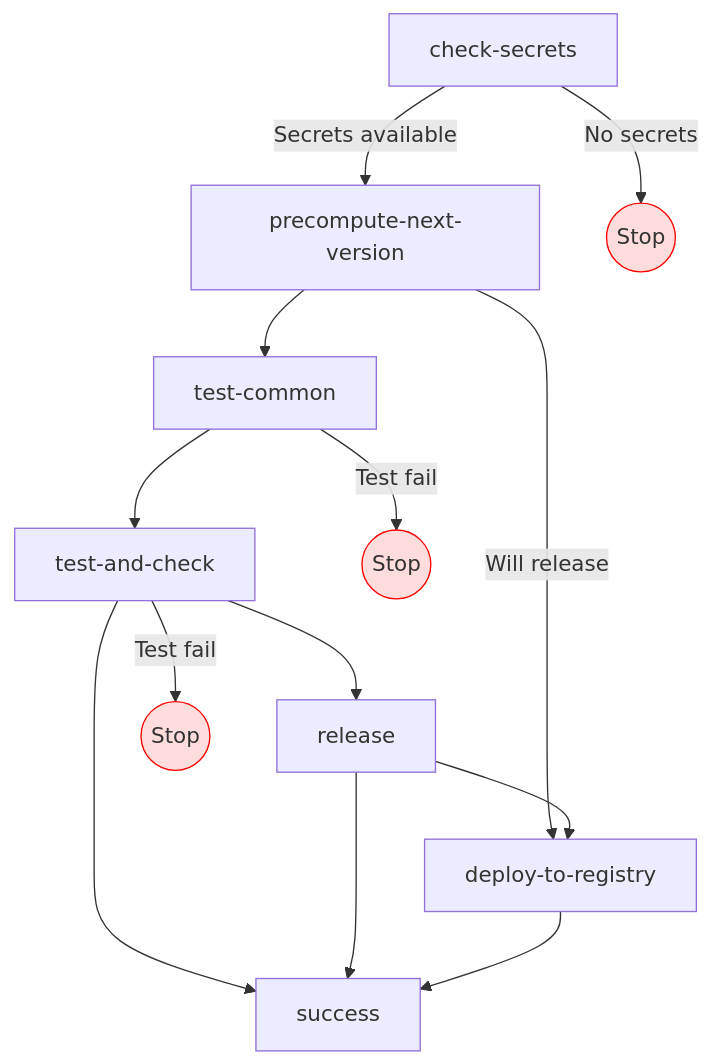
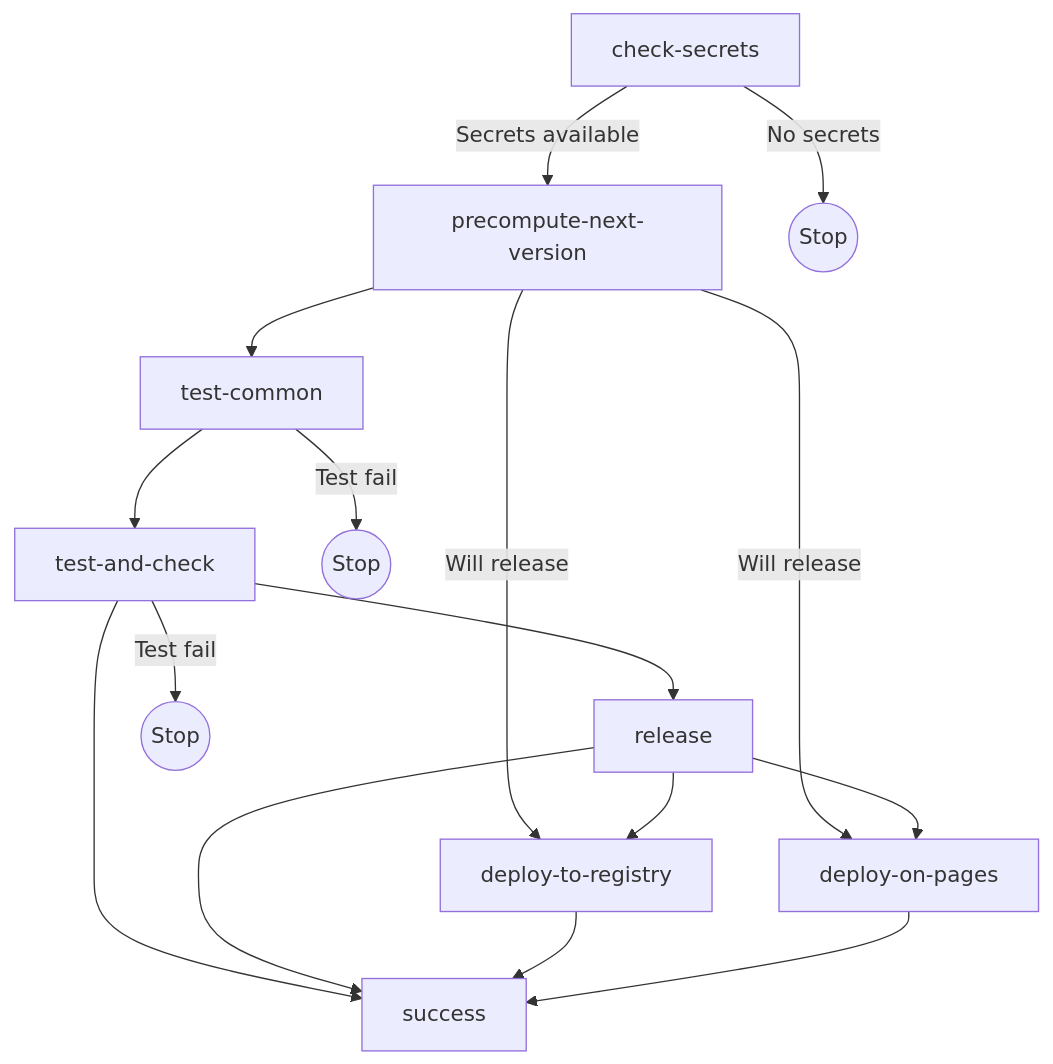
Before and after one commit to mini-roostico/subjekt-doc: the second of 4 diagrams in Writerside/topics/DevOps.md, drawn with Mermaid. The commit also changed other lines of this file, not shown here.

````diff
--- a/Writerside/topics/DevOps.md
+++ b/Writerside/topics/DevOps.md
@@ -55,20 +55,19 @@
 ```mermaid
 graph TD;
   check-secrets -->|Secrets available| precompute-next-version;
   check-secrets -->|No secrets| stop1((Stop));
 
   precompute-next-version --> test-common;
   precompute-next-version --> |Will release| deploy-to-registry;
+  precompute-next-version --> |Will release| deploy-on-pages;
   test-common --> test-and-check;
   test-common --> |Test fail| stop2((Stop));
   test-and-check --> release;
   test-and-check --> |Test fail| stop3((Stop));  
   test-and-check --> success;
   release --> deploy-to-registry;
   release --> success;
+  release --> deploy-on-pages;
   deploy-to-registry --> success;
-
-  style stop1 fill:#fdd,stroke:#f00;
-  style stop2 fill:#fdd,stroke:#f00;
-  style stop3 fill:#fdd,stroke:#f00;
+  deploy-on-pages --> success;
 ```
````
